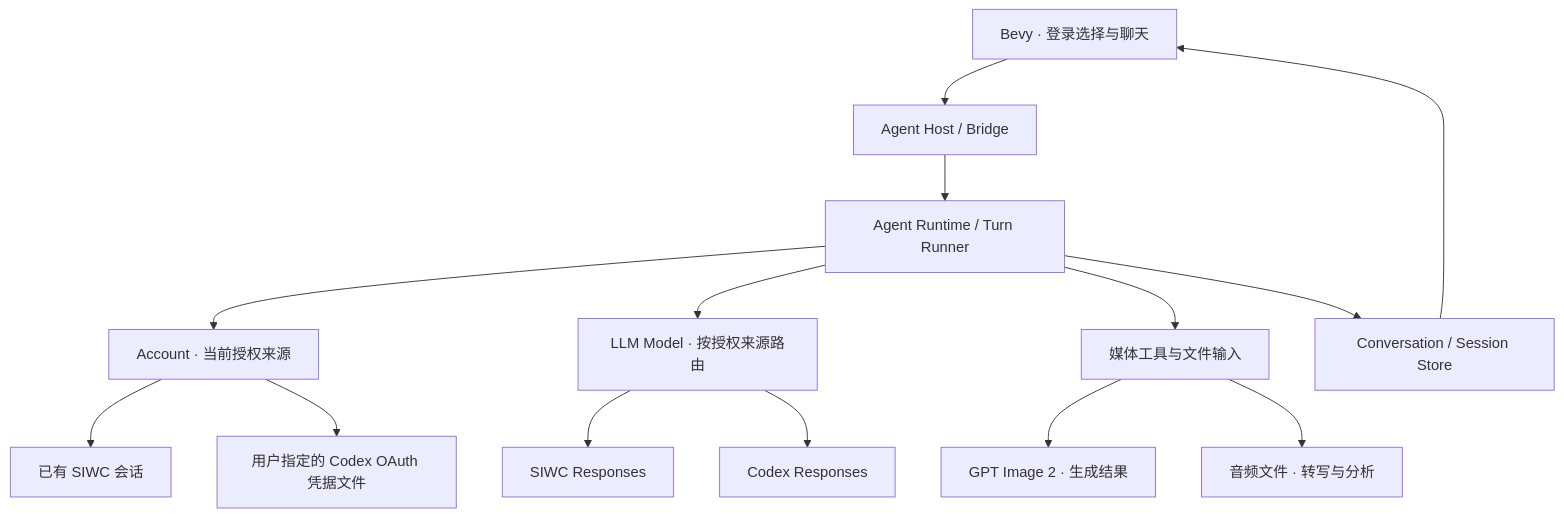
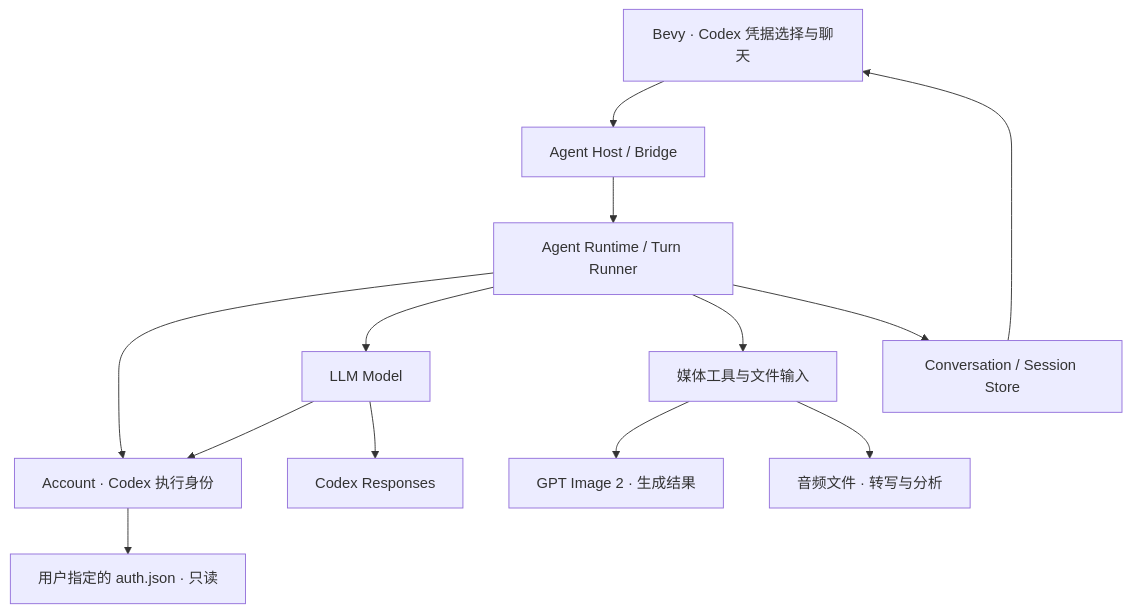
The diagram in docs/design/subscription-media/README.md (slc90/Agentelier), drawn with Mermaid before and after one commit. The commit also changed other lines of this file and 11 other files, not shown here.

First line of the commit message:
Plan SIWC retirement after the Codex OAuth migration

````diff
--- a/docs/design/subscription-media/README.md
+++ b/docs/design/subscription-media/README.md
@@ -7,16 +7,15 @@
 ```mermaid
 flowchart TD
-    UI["Bevy · 登录选择与聊天"] --> Host["Agent Host / Bridge"]
+    UI["Bevy · Codex 凭据选择与聊天"] --> Host["Agent Host / Bridge"]
     Host --> Runtime["Agent Runtime / Turn Runner"]
-    Runtime --> Account["Account · 当前授权来源"]
-    Account --> SIWC["已有 SIWC 会话"]
-    Account --> Codex["用户指定的 Codex OAuth 凭据文件"]
-    Runtime --> Model["LLM Model · 按授权来源路由"]
-    Model --> SIWCAPI["SIWC Responses"]
+    Runtime --> Account["Account · Codex 执行身份"]
+    Account --> Codex["用户指定的 auth.json · 只读"]
+    Runtime --> Model["LLM Model"]
+    Model --> Account
     Model --> CodexAPI["Codex Responses"]
     Runtime --> Media["媒体工具与文件输入"]
     Media --> Images["GPT Image 2 · 生成结果"]
     Media --> Audio["音频文件 · 转写与分析"]
     Runtime --> Store["Conversation / Session Store"]
     Store --> UI
 ```
````
